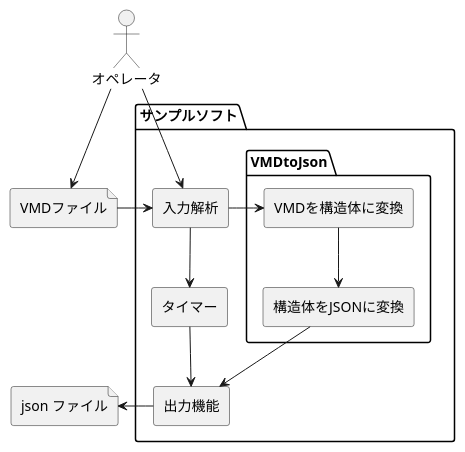
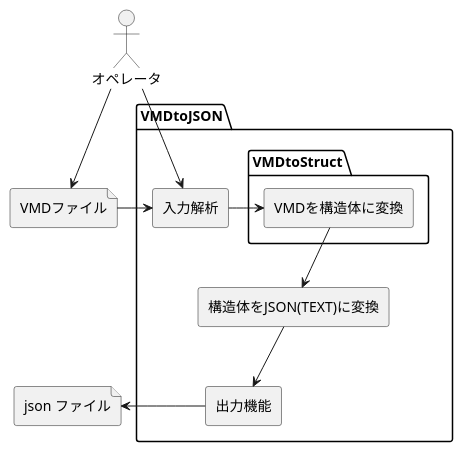
Before and after one commit to MaSiRoProjectOSS/VMDtoJSON: the diagram in README.md, drawn with PlantUML. The commit also changed other lines of this file and 47 other files, not shown here.

````diff
--- a/README.md
+++ b/README.md
@@ -36,30 +38,27 @@
 ```puml
 @startuml
 actor "オペレータ" as AC
 file VMDファイル as VMDFile
 
-package サンプルソフト {
+package VMDtoJSON {
     rectangle ”入力解析” as input_function
-    package VMDtoJson {
+    package VMDtoStruct {
         rectangle "VMDを構造体に変換" as vmd_to_struct
-        rectangle "構造体をJSONに変換" as struct_to_json
     }
+    rectangle "構造体をJSON(TEXT)に変換" as struct_to_json
     rectangle "出力機能" as output_function
-    rectangle "タイマー" as timer
 }
 
 file "json ファイル" as json_file
 
 AC -down-> input_function
 AC -down-> VMDFile
 VMDFile -right-> input_function
 input_function -right-> vmd_to_struct
 vmd_to_struct --> struct_to_json
 struct_to_json --> output_function
 output_function -left-> json_file
 
-input_function --> timer
-timer --> output_function
 
 @enduml
 ```
````
